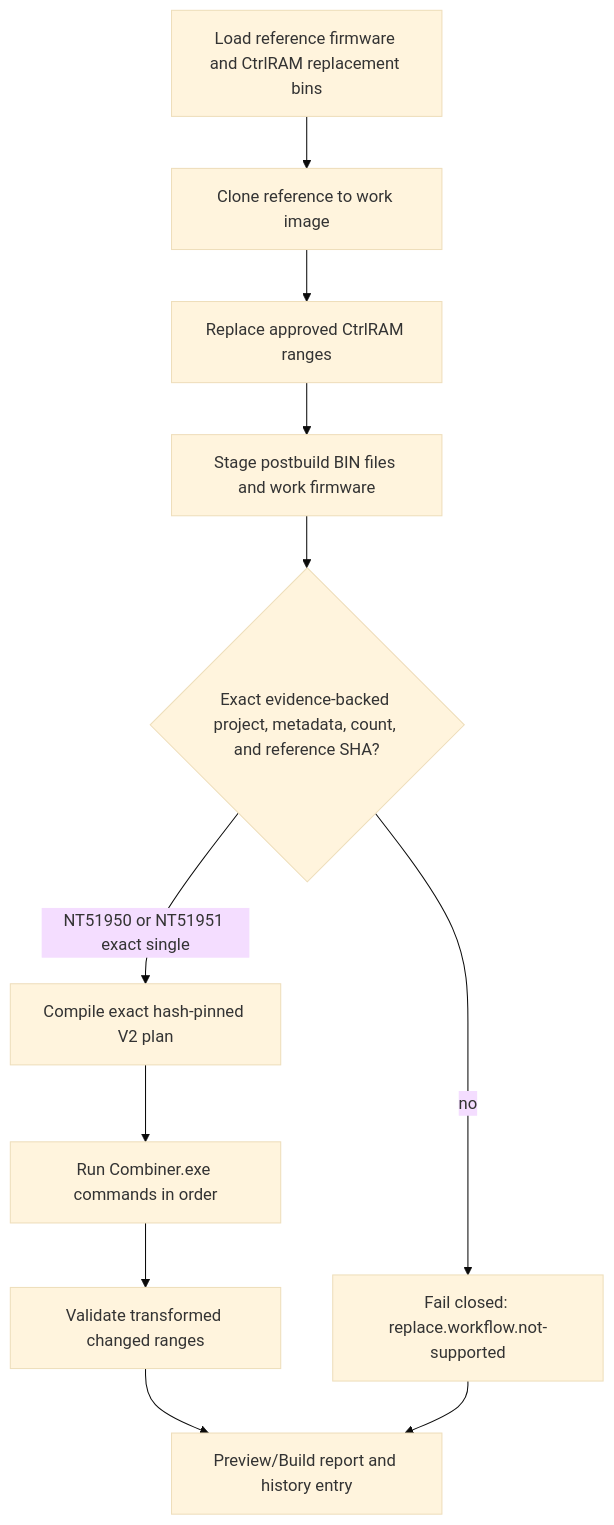
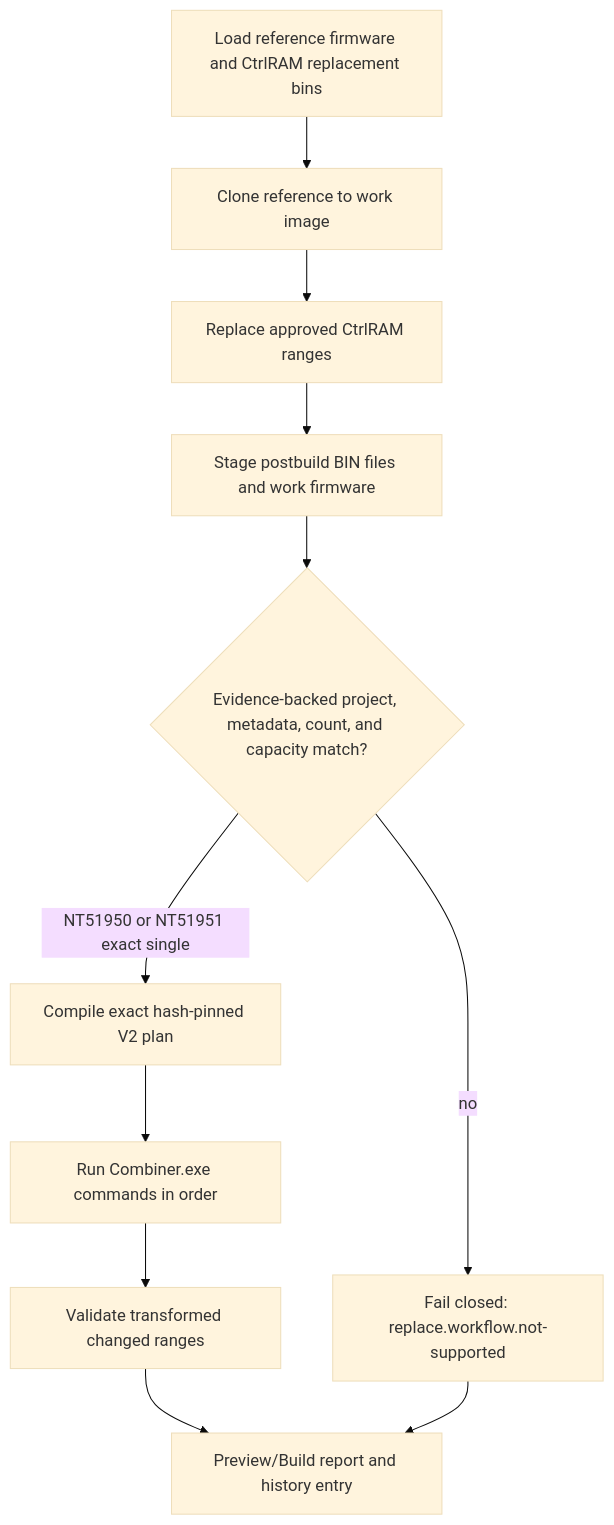
Diagram 12 of 13 in docs/architecture/ic-workflow-flowcharts.md (Dennis40816/nvt_fw_combiner), drawn with Mermaid (base theme) before and after one commit. The commit also changed other lines of this file and 7 other files, not shown here.

````diff
--- a/docs/architecture/ic-workflow-flowcharts.md
+++ b/docs/architecture/ic-workflow-flowcharts.md
@@ -297,13 +297,13 @@
 ```mermaid
 flowchart TD
     A["Load reference firmware and CtrlRAM replacement bins"] --> B["Clone reference to work image"]
     B --> C["Replace approved CtrlRAM ranges"]
     C --> D["Stage postbuild BIN files and work firmware"]
-    D --> E{"Exact evidence-backed project, metadata, count, and reference SHA?"}
+    D --> E{"Evidence-backed project, metadata, count, and capacity match?"}
     E -- "NT51950 or NT51951 exact single" --> F["Compile exact hash-pinned V2 plan"]
     E -- "no" --> L["Fail closed: replace.workflow.not-supported"]
     F --> H["Run Combiner.exe commands in order"]
     H --> I["Validate transformed changed ranges"]
     I --> J["Preview/Build report and history entry"]
     L --> J
 ```
````
